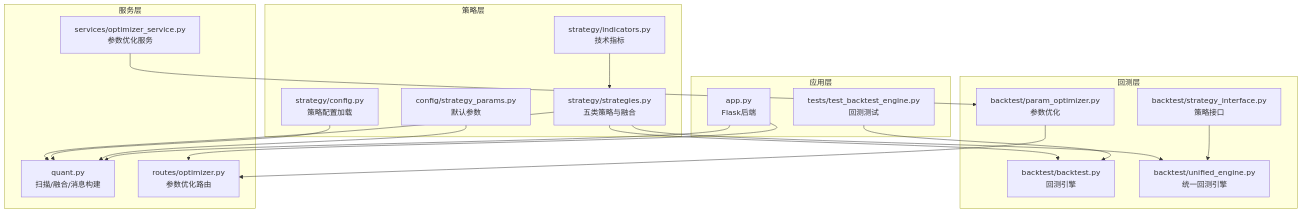
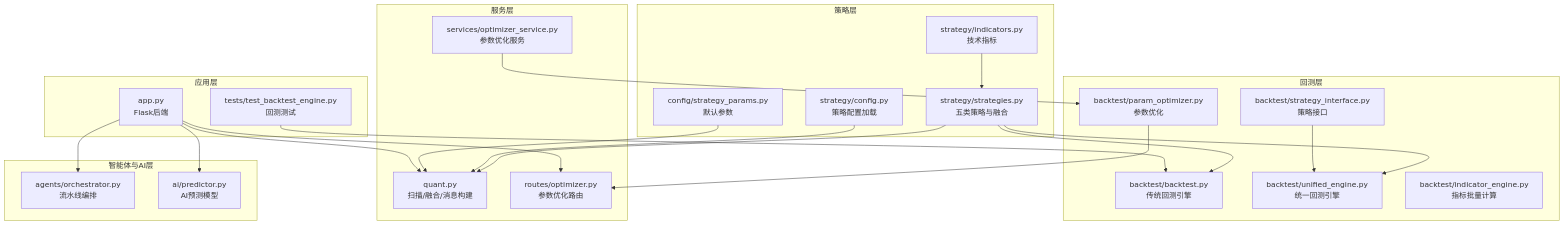
One commit to Magicer2024/AIQuant changed the first of 10 diagrams in .qoder/repowiki/zh/content/项目概述/核心功能特性/多策略量化分析/多策略量化分析.md. Above: the diagram before and after it, drawn with Mermaid. The commit also changed other lines of this file and 62 other files, not shown here.

First line of the commit message:
refactor: migrate modules to 六部 ministries architecture

````diff
--- a/.qoder/repowiki/zh/content/项目概述/核心功能特性/多策略量化分析/多策略量化分析.md
+++ b/.qoder/repowiki/zh/content/项目概述/核心功能特性/多策略量化分析/多策略量化分析.md
@@ -43,36 +48,43 @@
 ```mermaid
 graph TB
 subgraph "策略层"
 STRAT["strategy/strategies.py<br/>五类策略与融合"]
 IND["strategy/indicators.py<br/>技术指标"]
 CFG["strategy/config.py<br/>策略配置加载"]
 PARAMS["config/strategy_params.py<br/>默认参数"]
 end
 subgraph "回测层"
-BT["backtest/backtest.py<br/>回测引擎"]
+BT["backtest/backtest.py<br/>传统回测引擎"]
 UBT["backtest/unified_engine.py<br/>统一回测引擎"]
 IFACE["backtest/strategy_interface.py<br/>策略接口"]
 OPT["backtest/param_optimizer.py<br/>参数优化"]
+IE["backtest/indicator_engine.py<br/>指标批量计算"]
 end
 subgraph "服务层"
 QUANT["quant.py<br/>扫描/融合/消息构建"]
 ROUTES["routes/optimizer.py<br/>参数优化路由"]
 SVC["services/optimizer_service.py<br/>参数优化服务"]
+end
+subgraph "智能体与AI层"
+ORCH["agents/orchestrator.py<br/>流水线编排"]
+PREDICT["ai/predictor.py<br/>AI预测模型"]
 end
 subgraph "应用层"
 APP["app.py<br/>Flask后端"]
 TEST["tests/test_backtest_engine.py<br/>回测测试"]
 end
 STRAT --> BT
 STRAT --> UBT
 STRAT --> QUANT
 IND --> STRAT
 CFG --> QUANT
 PARAMS --> QUANT
 IFACE --> UBT
 OPT --> ROUTES
 SVC --> OPT
 APP --> ROUTES
 APP --> QUANT
+APP --> ORCH
+APP --> PREDICT
 TEST --> BT
 ```
````
